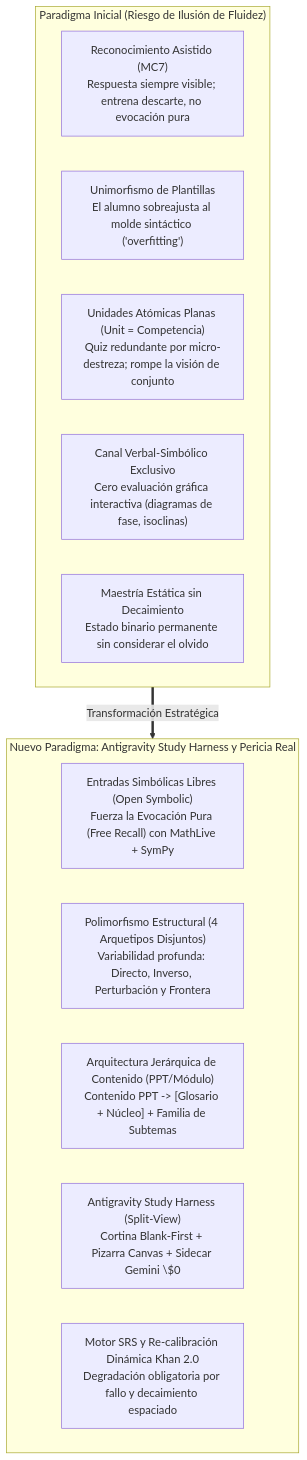
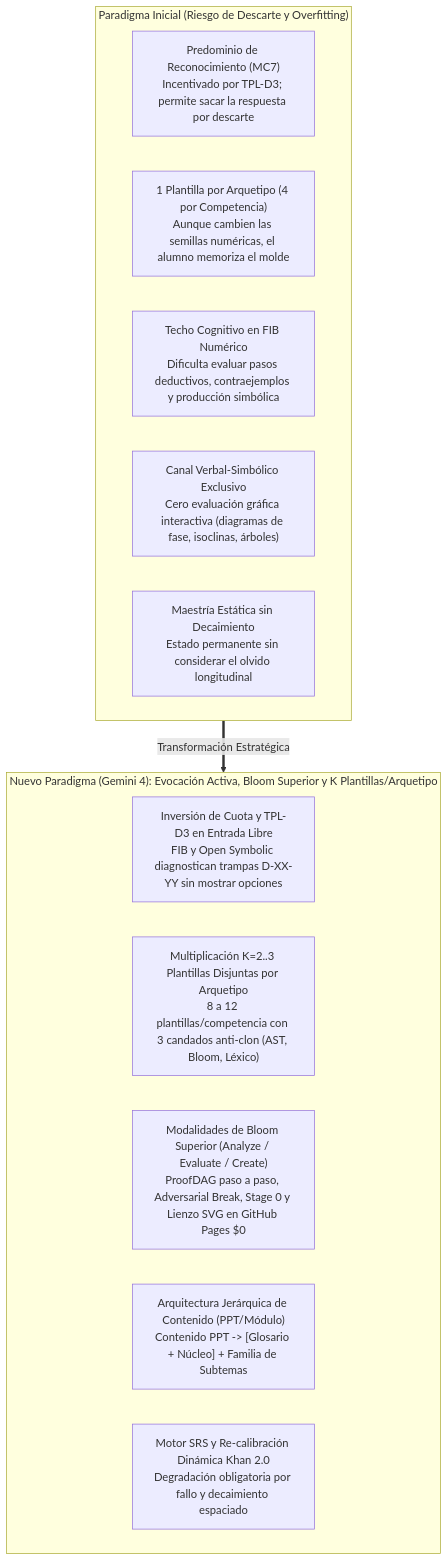
One commit to aguerta/Tops_academy changed the diagram in FUTURE_MILESTONES.md. Above: the diagram before and after it, drawn with Mermaid. The commit also changed other lines of this file and 2 other files, not shown here.

Commit message:
docs(milestones): update roadmap with 4-axis architecture and archetype template spec

````diff
--- a/FUTURE_MILESTONES.md
+++ b/FUTURE_MILESTONES.md
@@ -42,20 +43,20 @@
 ```mermaid
 flowchart TD
-    subgraph CurrentParadigm ["Paradigma Inicial (Riesgo de Ilusión de Fluidez)"]
-        P1["Reconocimiento Asistido (MC7)\nRespuesta siempre visible; entrena descarte, no evocación pura"]
-        P2["Unimorfismo de Plantillas\nEl alumno sobreajusta al molde sintáctico ('overfitting')"]
-        P3["Unidades Atómicas Planas (Unit = Competencia)\nQuiz redundante por micro-destreza; rompe la visión de conjunto"]
-        P4["Canal Verbal-Simbólico Exclusivo\nCero evaluación gráfica interactiva (diagramas de fase, isoclinas)"]
-        P5["Maestría Estática sin Decaimiento\nEstado binario permanente sin considerar el olvido"]
+    subgraph CurrentParadigm ["Paradigma Inicial (Riesgo de Descarte y Overfitting)"]
+        P1["Predominio de Reconocimiento (MC7)\nIncentivado por TPL-D3; permite sacar la respuesta por descarte"]
+        P2["1 Plantilla por Arquetipo (4 por Competencia)\nAunque cambien las semillas numéricas, el alumno memoriza el molde"]
+        P3["Techo Cognitivo en FIB Numérico\nDificulta evaluar pasos deductivos, contraejemplos y producción simbólica"]
+        P4["Canal Verbal-Simbólico Exclusivo\nCero evaluación gráfica interactiva (diagramas de fase, isoclinas, árboles)"]
+        P5["Maestría Estática sin Decaimiento\nEstado permanente sin considerar el olvido longitudinal"]
     end
 
-    subgraph FutureParadigm ["Nuevo Paradigma: Antigravity Study Harness y Pericia Real"]
-        N1["Entradas Simbólicas Libres (Open Symbolic)\nFuerza la Evocación Pura (Free Recall) con MathLive + SymPy"]
-        N2["Polimorfismo Estructural (4 Arquetipos Disjuntos)\nVariabilidad profunda: Directo, Inverso, Perturbación y Frontera"]
-        N3["Arquitectura Jerárquica de Contenido (PPT/Módulo)\nContenido PPT -> [Glosario + Núcleo] + Familia de Subtemas"]
-        N4["Antigravity Study Harness (Split-View)\nCortina Blank-First + Pizarra Canvas + Sidecar Gemini \$0"]
+    subgraph FutureParadigm ["Nuevo Paradigma (Gemini 4): Evocación Activa, Bloom Superior y K Plantillas/Arquetipo"]
+        N1["Inversión de Cuota y TPL-D3 en Entrada Libre\nFIB y Open Symbolic diagnostican trampas D-XX-YY sin mostrar opciones"]
+        N2["Multiplicación K=2..3 Plantillas Disjuntas por Arquetipo\n8 a 12 plantillas/competencia con 3 candados anti-clon (AST, Bloom, Léxico)"]
+        N3["Modalidades de Bloom Superior (Analyze / Evaluate / Create)\nProofDAG paso a paso, Adversarial Break, Stage 0 y Lienzo SVG en GitHub Pages $0"]
+        N4["Arquitectura Jerárquica de Contenido (PPT/Módulo)\nContenido PPT -> [Glosario + Núcleo] + Familia de Subtemas"]
         N5["Motor SRS y Re-calibración Dinámica Khan 2.0\nDegradación obligatoria por fallo y decaimiento espaciado"]
     end
 
     CurrentParadigm ==>|Transformación Estratégica| FutureParadigm
 ```
````
